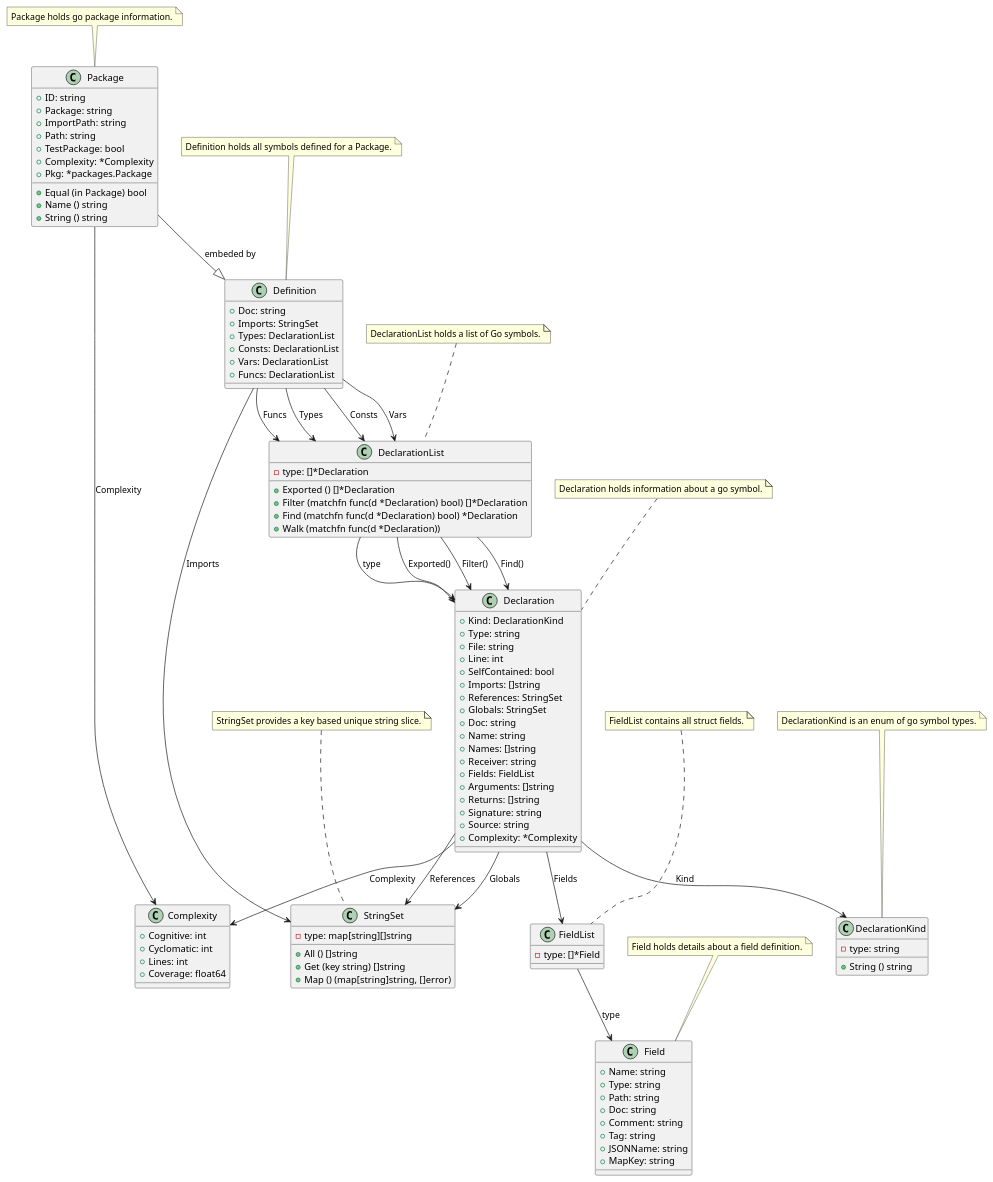
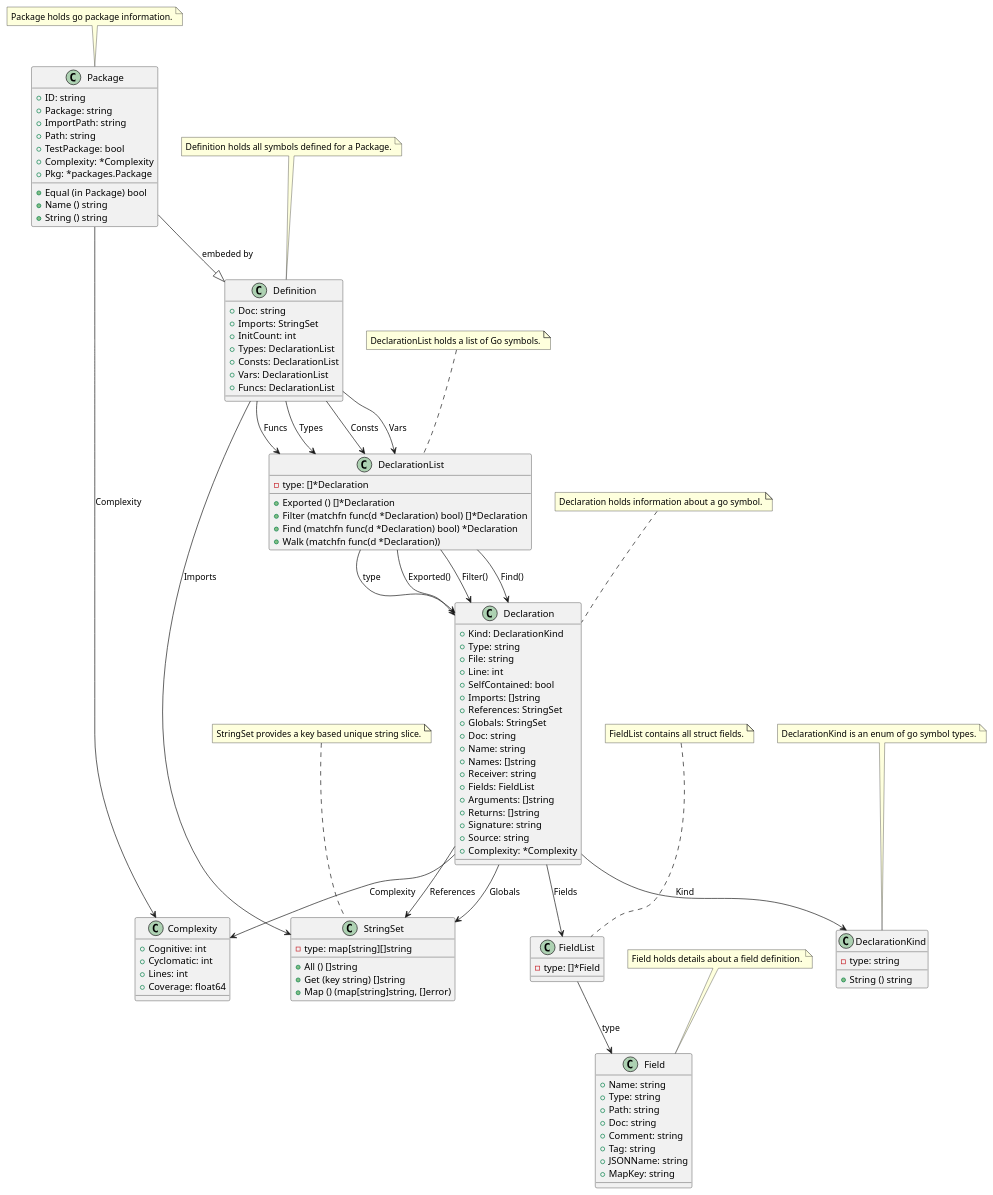
The diagram in cmd/go-fsck/model/restored/go-fsck.puml (titpetric/exp), drawn with PlantUML before and after one commit. The commit also changed 6 other files, not shown here.

Commit message:
Add InitCount to Definition, how many inits are there in a package

```diff
--- a/cmd/go-fsck/model/restored/go-fsck.puml
+++ b/cmd/go-fsck/model/restored/go-fsck.puml
@@ -1,155 +1,156 @@
 @startuml
 
 class Complexity {
   + Cognitive: int
   + Cyclomatic: int
   + Lines: int
   + Coverage: float64
 }
 
 class Declaration {
   + Kind: DeclarationKind
   + Type: string
   + File: string
   + Line: int
   + SelfContained: bool
   + Imports: []string
   + References: StringSet
   + Globals: StringSet
   + Doc: string
   + Name: string
   + Names: []string
   + Receiver: string
   + Fields: FieldList
   + Arguments: []string
   + Returns: []string
   + Signature: string
   + Source: string
   + Complexity: *Complexity
 }
 
 class DeclarationKind {
   - type: string
   + String () string
 }
 
 class DeclarationList {
   - type: []*Declaration
   + Exported () []*Declaration
   + Filter (matchfn func(d *Declaration) bool) []*Declaration
   + Find (matchfn func(d *Declaration) bool) *Declaration
   + Walk (matchfn func(d *Declaration))
 }
 
 class Definition {
   + Doc: string
   + Imports: StringSet
+  + InitCount: int
   + Types: DeclarationList
   + Consts: DeclarationList
   + Vars: DeclarationList
   + Funcs: DeclarationList
 }
 
 class Field {
   + Name: string
   + Type: string
   + Path: string
   + Doc: string
   + Comment: string
   + Tag: string
   + JSONName: string
   + MapKey: string
 }
 
 class FieldList {
   - type: []*Field
 }
 
 class Package {
   + ID: string
   + Package: string
   + ImportPath: string
   + Path: string
   + TestPackage: bool
   + Complexity: *Complexity
   + Pkg: *packages.Package
   + Equal (in Package) bool
   + Name () string
   + String () string
 }
 
 class StringSet {
   - type: map[string][]string
   + All () []string
   + Get (key string) []string
   + Map () (map[string]string, []error)
 }
 
 
 Declaration --> DeclarationKind : Kind
 Declaration --> StringSet : References
 Declaration --> StringSet : Globals
 Declaration --> FieldList : Fields
 Declaration --> Complexity : Complexity
 
 note top of Declaration
 Declaration holds information about a go symbol.
 end note
 
 
 
 note top of DeclarationKind
 DeclarationKind is an enum of go symbol types.
 end note
 
 
 DeclarationList --> Declaration : type
 
 note top of DeclarationList
 DeclarationList holds a list of Go symbols.
 end note
 
 
 DeclarationList --> Declaration : Exported()
 DeclarationList --> Declaration : Filter()
 DeclarationList --> Declaration : Find()
 Package --|> Definition : embeded by
 Definition --> StringSet : Imports
 Definition --> DeclarationList : Types
 Definition --> DeclarationList : Consts
 Definition --> DeclarationList : Vars
 Definition --> DeclarationList : Funcs
 
 note top of Definition
 Definition holds all symbols defined for a Package.
 end note
 
 
 
 note top of Field
 Field holds details about a field definition.
 end note
 
 
 FieldList --> Field : type
 
 note top of FieldList
 FieldList contains all struct fields.
 end note
 
 
 Package --> Complexity : Complexity
 
 note top of Package
 Package holds go package information.
 end note
 
 
 
 note top of StringSet
 StringSet provides a key based unique string slice.
 end note
 
 
 
 @enduml
```
